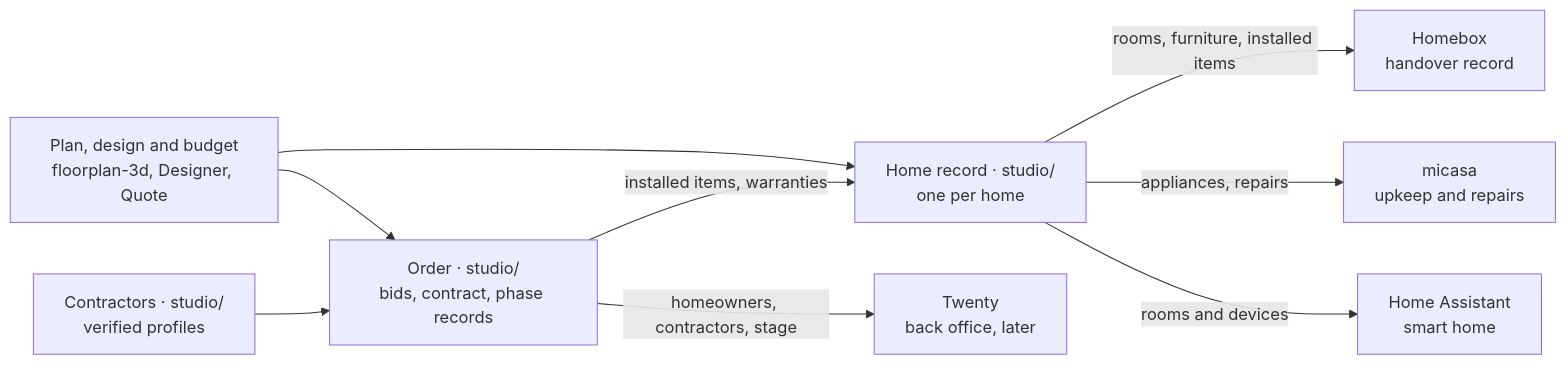
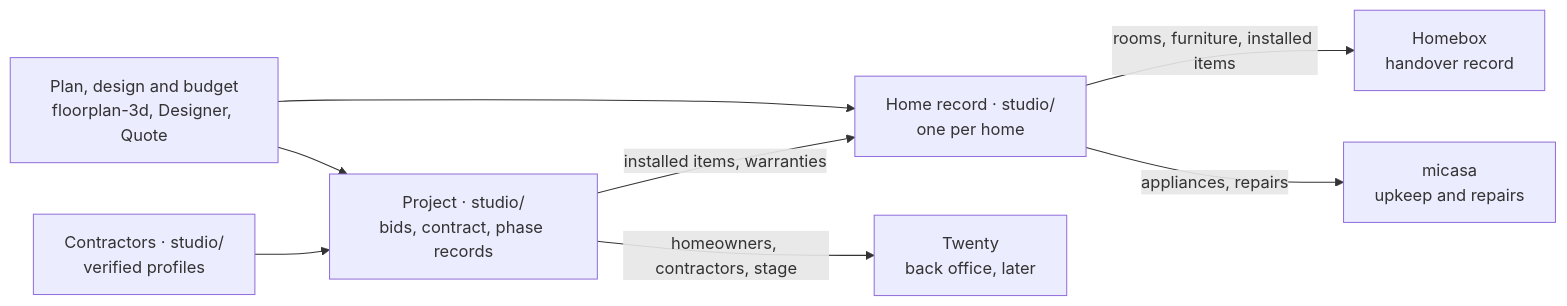
Before and after one commit to kakssjs/3dfangwu: the fourth of 4 diagrams in WORKFLOW.md, drawn with Mermaid. The commit also changed other lines of this file and 44 other files, not shown here.

````diff
--- a/WORKFLOW.md
+++ b/WORKFLOW.md
@@ -584,11 +892,10 @@
 ```mermaid
 flowchart LR
     F["Plan, design and budget<br/>floorplan-3d, Designer, Quote"] --> H["Home record · studio/<br/>one per home"]
-    F --> O["Order · studio/<br/>bids, contract, phase records"]
+    F --> O["Project · studio/<br/>bids, contract, phase records"]
     K["Contractors · studio/<br/>verified profiles"] --> O
     O -->|installed items, warranties| H
     H -->|rooms, furniture, installed items| B["Homebox<br/>handover record"]
     H -->|appliances, repairs| M["micasa<br/>upkeep and repairs"]
-    H -->|rooms and devices| A["Home Assistant<br/>smart home"]
     O -->|homeowners, contractors, stage| T["Twenty<br/>back office, later"]
 ```
````
